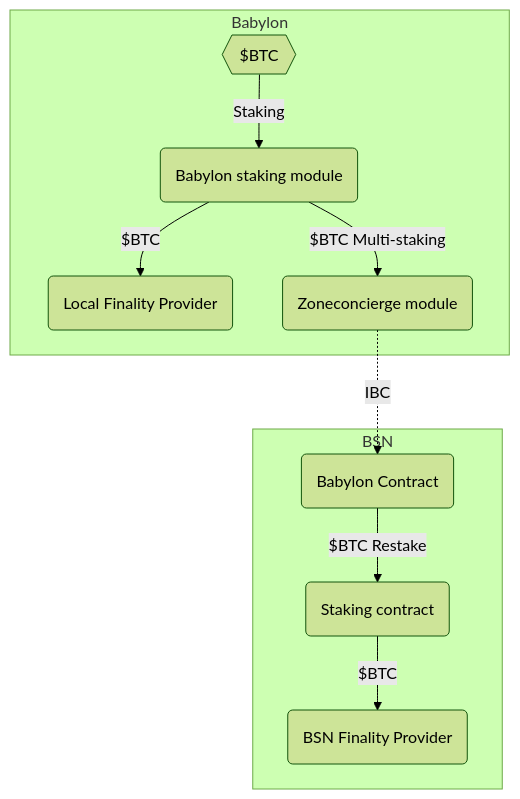
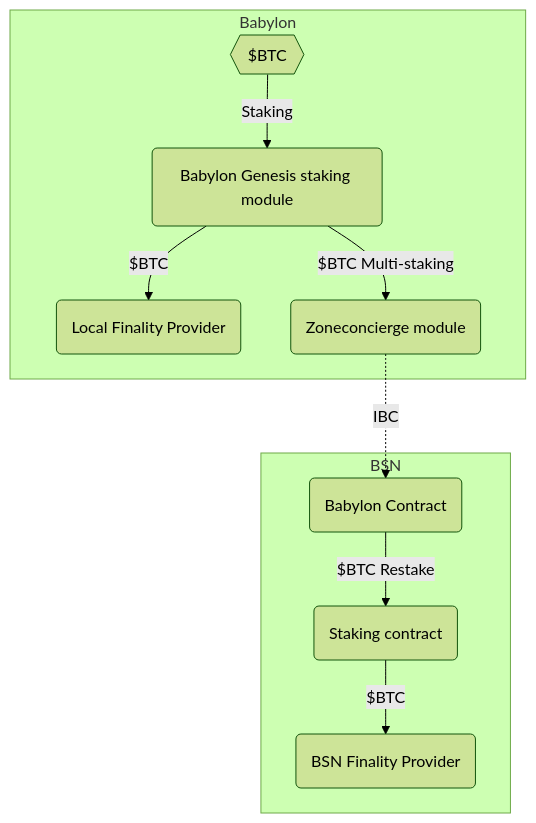
One commit to babylonlabs-io/cosmos-bsn-contracts changed the first of 2 diagrams in docs/Architecture.md. Above: the diagram before and after it, drawn with Mermaid.

Commit message:
Improve naming

````diff
--- a/docs/Architecture.md
+++ b/docs/Architecture.md
@@ -6,16 +6,16 @@
 ```mermaid
 %%{init: {'theme': 'forest'}}%%
 flowchart TD
   subgraph Babylon
-  A{{$BTC}} -- Staking --> B(Babylon staking module);
+  A{{$BTC}} -- Staking --> B(Babylon Genesis staking module);
   B -- $BTC --> C(Local Finality Provider);
   B -- $BTC Multi-staking --> D(Zoneconcierge module);
   end
 
   D -. IBC .-> E;
 
   subgraph BSN
   E(Babylon Contract) -- $BTC Restake --> U(Staking contract);
   U -- $BTC --> V(BSN Finality Provider);
   end
 ```
````
